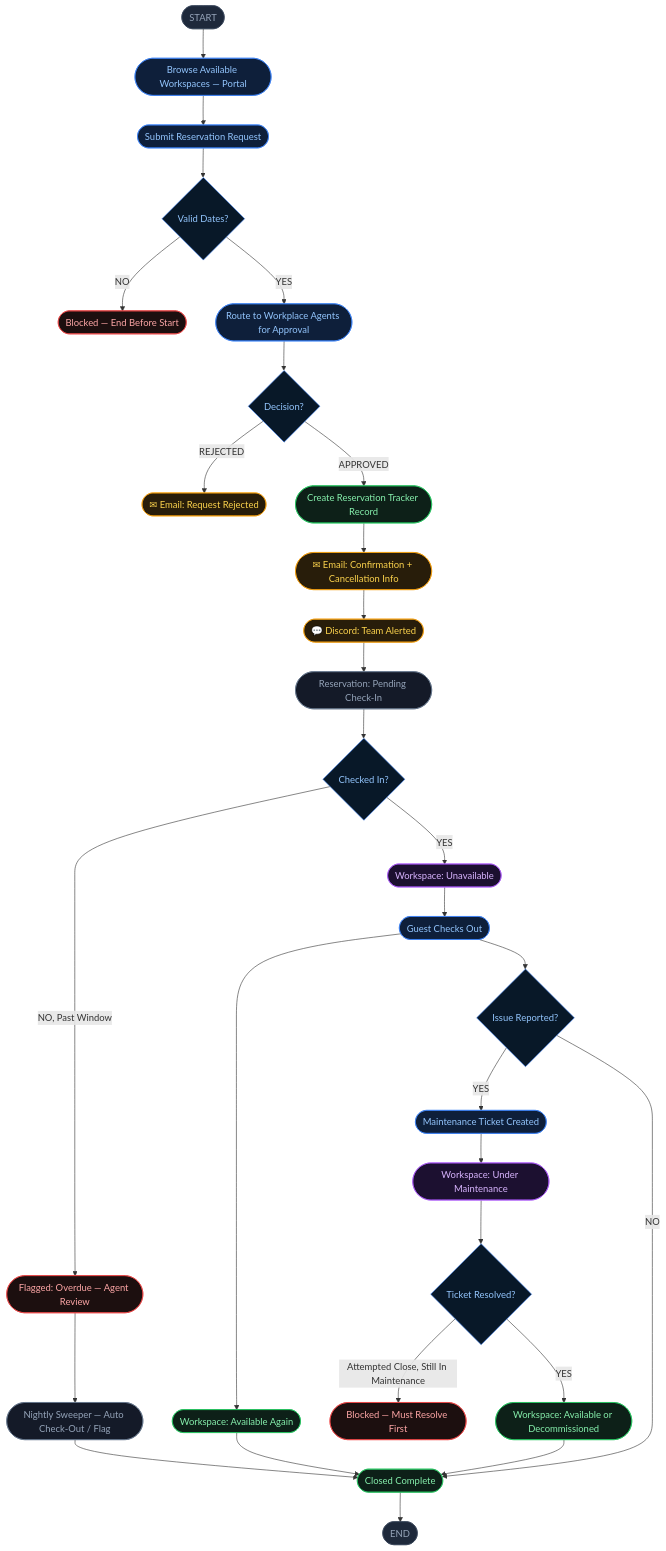
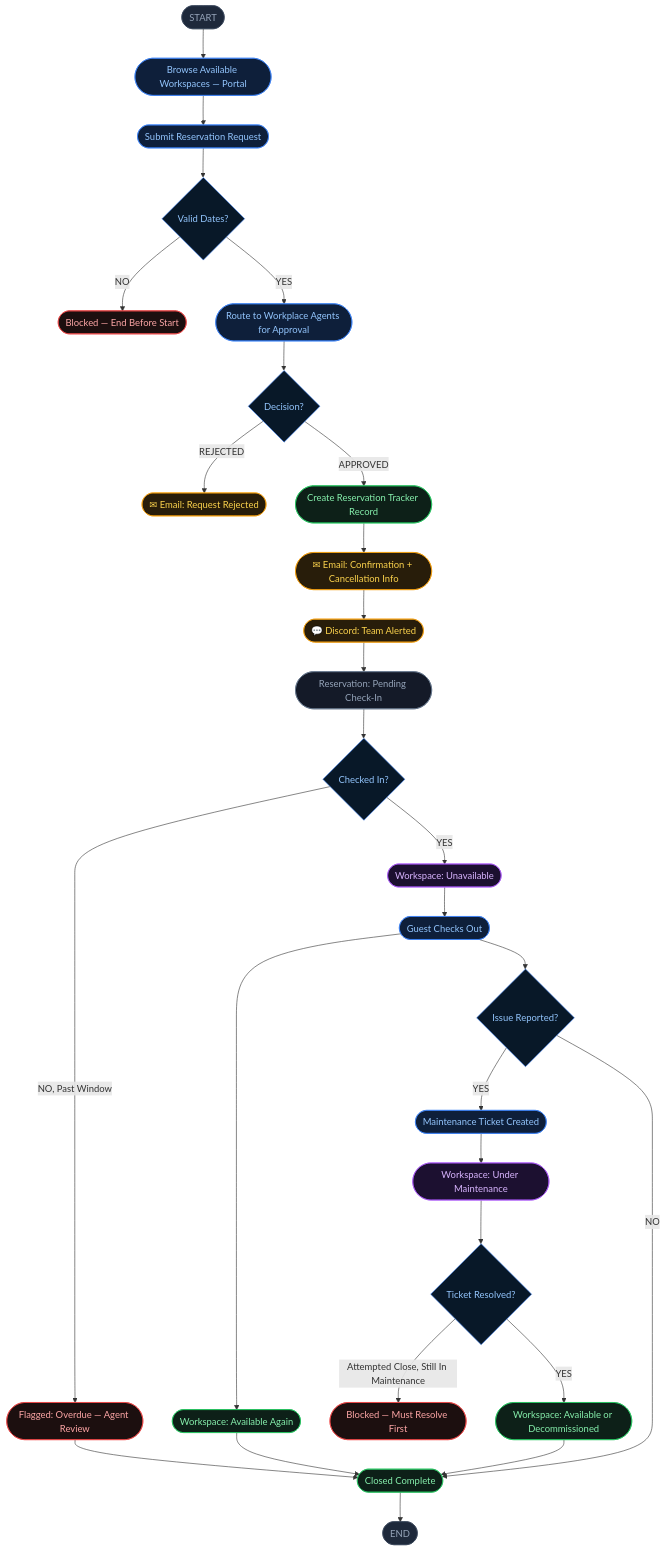
Before and after one commit to emeka-iwu/WRM-Workspace-Reservation-Management-MVP-: the diagram in README.md, drawn with Mermaid. The commit also changed other lines of this file, not shown here.

````diff
--- a/README.md
+++ b/README.md
@@ -58,58 +58,56 @@
 ```mermaid
 flowchart TD
     A([START]) --> B([Browse Available Workspaces — Portal])
     B --> C([Submit Reservation Request])
     C --> D{Valid Dates?}
     D -- NO --> E([Blocked — End Before Start])
     D -- YES --> F([Route to Workplace Agents for Approval])
     F --> G{Decision?}
     G -- REJECTED --> H([✉ Email: Request Rejected])
     G -- APPROVED --> I([Create Reservation Tracker Record])
     I --> J([✉ Email: Confirmation + Cancellation Info])
     J --> K([💬 Discord: Team Alerted])
     K --> L([Reservation: Pending Check-In])
     L --> M{Checked In?}
     M -- NO, Past Window --> N([Flagged: Overdue — Agent Review])
     M -- YES --> O([Workspace: Unavailable])
     O --> P([Guest Checks Out])
     P --> Q([Workspace: Available Again])
     P --> R{Issue Reported?}
     R -- YES --> S([Maintenance Ticket Created])
     S --> T([Workspace: Under Maintenance])
     T --> U{Ticket Resolved?}
     U -- Attempted Close, Still In Maintenance --> V([Blocked — Must Resolve First])
     U -- YES --> W([Workspace: Available or Decommissioned])
     R -- NO --> X([Closed Complete])
-    N --> Y([Nightly Sweeper — Auto Check-Out / Flag])
-    Y --> X
+    N --> X
     Q --> X
     W --> X
     X --> Z([END])
 
     style A fill:#1e293b,stroke:#334155,color:#94a3b8
     style Z fill:#1e293b,stroke:#334155,color:#94a3b8
     style E fill:#1c0f0f,stroke:#ef4444,color:#fca5a5
     style V fill:#1c0f0f,stroke:#ef4444,color:#fca5a5
     style D fill:#081828,stroke:#3b82f6,color:#93c5fd
     style G fill:#081828,stroke:#3b82f6,color:#93c5fd
     style M fill:#081828,stroke:#3b82f6,color:#93c5fd
     style R fill:#081828,stroke:#3b82f6,color:#93c5fd
     style U fill:#081828,stroke:#3b82f6,color:#93c5fd
     style B fill:#0e1f3a,stroke:#3b82f6,color:#93c5fd
     style C fill:#0e1f3a,stroke:#3b82f6,color:#93c5fd
     style I fill:#0d2018,stroke:#22c55e,color:#86efac
     style O fill:#1c1030,stroke:#a855f7,color:#d8b4fe
     style Q fill:#0d2018,stroke:#22c55e,color:#86efac
     style T fill:#1c1030,stroke:#a855f7,color:#d8b4fe
     style W fill:#0d2018,stroke:#22c55e,color:#86efac
     style J fill:#281d0a,stroke:#f59e0b,color:#fcd34d
     style H fill:#281d0a,stroke:#f59e0b,color:#fcd34d
     style K fill:#281d0a,stroke:#f59e0b,color:#fcd34d
     style N fill:#1c0f0f,stroke:#ef4444,color:#fca5a5
-    style Y fill:#141a28,stroke:#64748b,color:#94a3b8
     style S fill:#0e1f3a,stroke:#3b82f6,color:#93c5fd
     style F fill:#0e1f3a,stroke:#3b82f6,color:#93c5fd
     style L fill:#141a28,stroke:#64748b,color:#94a3b8
     style P fill:#0e1f3a,stroke:#3b82f6,color:#93c5fd
     style X fill:#0d2018,stroke:#22c55e,color:#86efac
 ```
````
